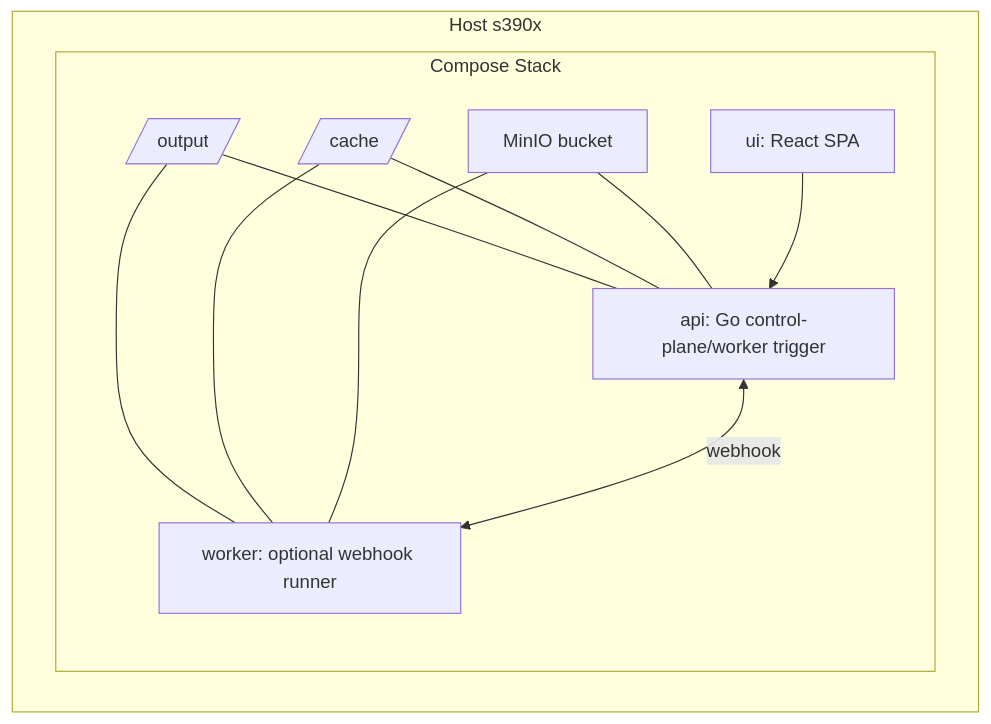
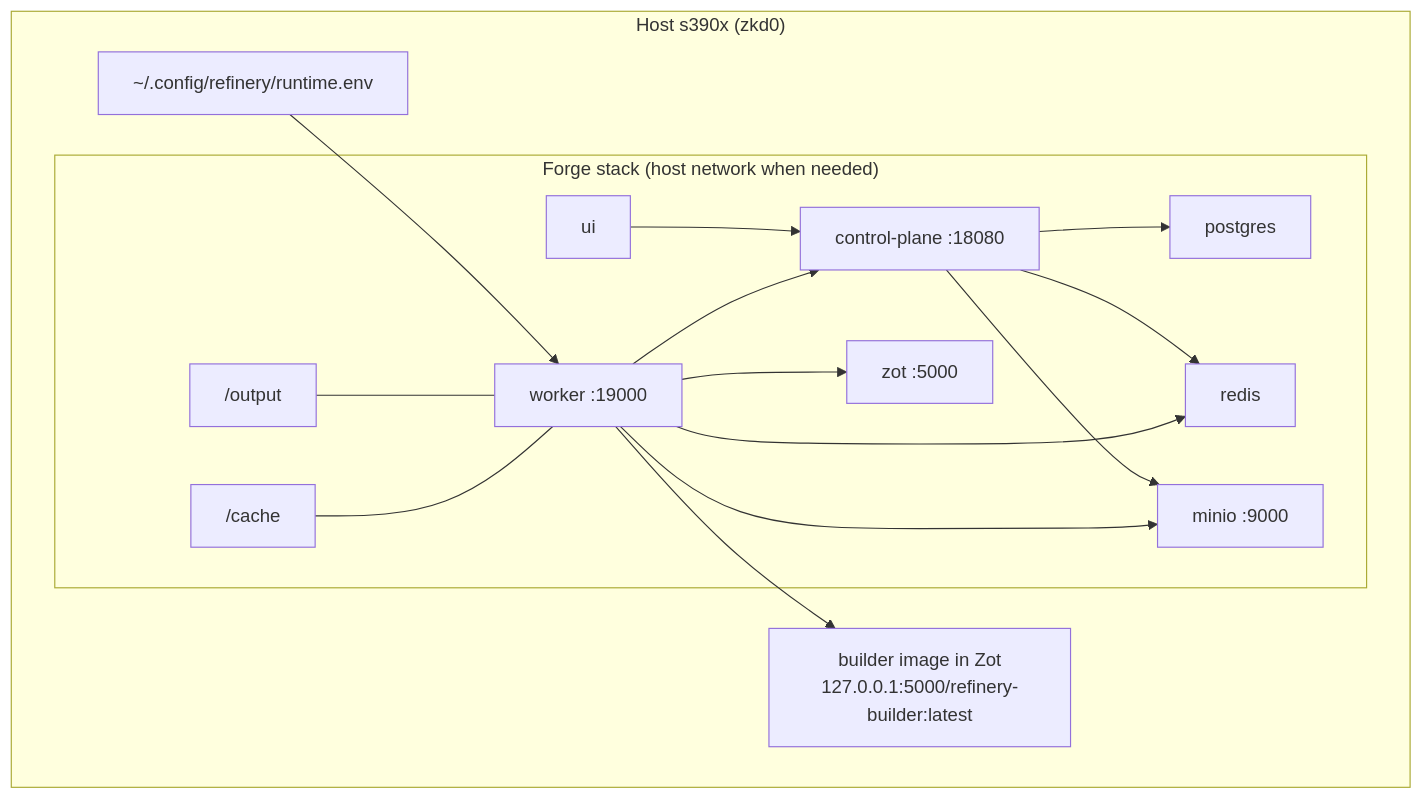
Before and after one commit to k8ika0s/s390x-wheel-refinery: the diagram in docs/diagrams/deployment-views.mmd, drawn with Mermaid. The commit also changed 10 other files, not shown here.

```diff
--- a/docs/diagrams/deployment-views.mmd
+++ b/docs/diagrams/deployment-views.mmd
@@ -1,19 +1,28 @@
 flowchart TD
-    subgraph Host s390x
-        subgraph Compose Stack
-            API[api: Go control-plane/worker trigger]
-            UI[ui: React SPA]
-            WORKER[worker: optional webhook runner]
-            VOL_OUT[/output/]
-            VOL_CACHE[/cache/]
-            OBJ[MinIO bucket]
+    subgraph "Host s390x (zkd0)"
+        subgraph "Forge stack (host network when needed)"
+            API["control-plane :18080"]
+            UI["ui"]
+            WORKER["worker :19000"]
+            PG["postgres"]
+            REDIS["redis"]
+            ZOT["zot :5000"]
+            MINIO["minio :9000"]
+            VOL_OUT["/output"]
+            VOL_CACHE["/cache"]
         end
+        BUILDER["builder image in Zot\n127.0.0.1:5000/refinery-builder:latest"]
+        RUNTIME["~/.config/refinery/runtime.env"]
     end
-    VOL_OUT --- API
-    VOL_CACHE --- API
+    UI --> API
+    API --> PG
+    API --> REDIS
+    API --> MINIO
+    WORKER --> API
+    WORKER --> REDIS
+    WORKER --> ZOT
+    WORKER --> MINIO
+    WORKER --> BUILDER
+    RUNTIME --> WORKER
     VOL_OUT --- WORKER
     VOL_CACHE --- WORKER
-    OBJ --- API
-    OBJ --- WORKER
-    UI --> API
-    API <-- webhook --> WORKER
```
